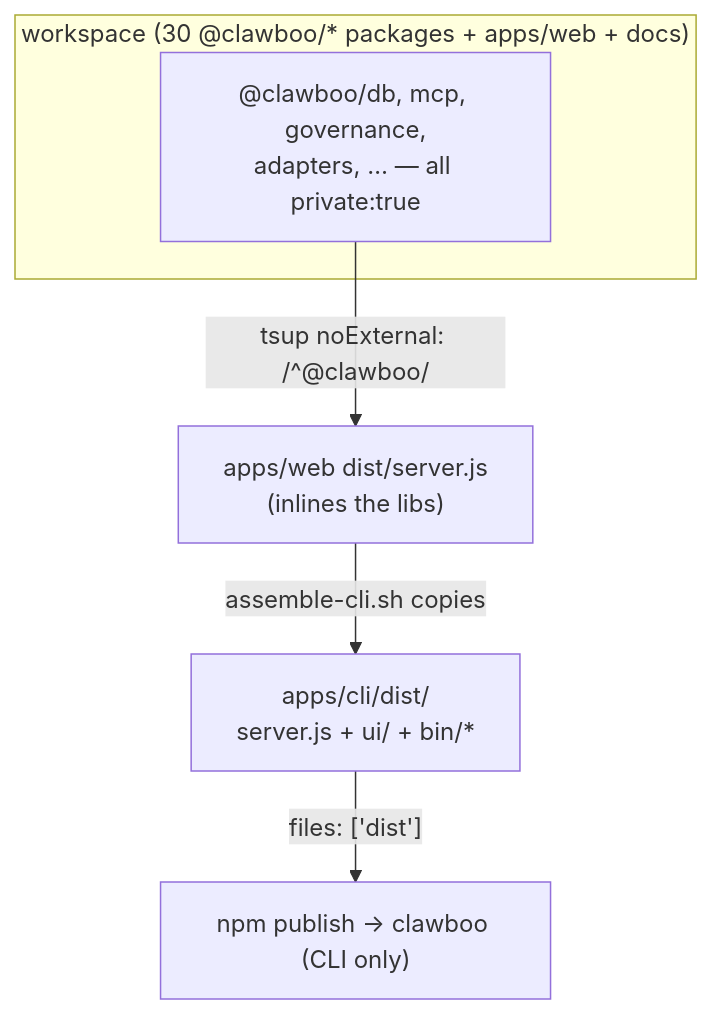
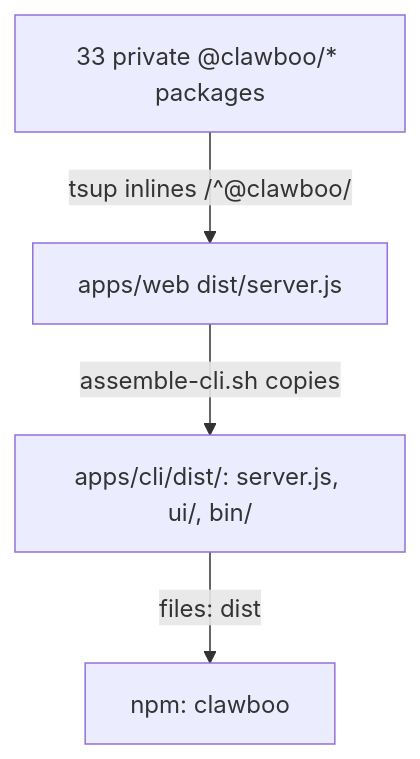
Before and after one commit to clawboo/clawboo: the first of 2 diagrams in docs/internals/release-process.md, drawn with Mermaid. The commit also changed other lines of this file and 81 other files, not shown here.

````diff
--- a/docs/internals/release-process.md
+++ b/docs/internals/release-process.md
@@ -20,9 +17,6 @@
 ```mermaid
 graph TD
-  subgraph ws["workspace (30 @clawboo/* packages + apps/web + docs)"]
-    libs["@clawboo/db, mcp, governance,<br/>adapters, … — all private:true"]
-  end
-  libs -- "tsup noExternal: /^@clawboo/" --> bundle["apps/web dist/server.js<br/>(inlines the libs)"]
-  bundle -- "assemble-cli.sh copies" --> clidist["apps/cli/dist/<br/>server.js + ui/ + bin/*"]
-  clidist -- "files: ['dist']" --> npm["npm publish → clawboo (CLI only)"]
+  libs["33 private @clawboo/* packages"] -- "tsup inlines /^@clawboo/" --> bundle["apps/web dist/server.js"]
+  bundle -- "assemble-cli.sh copies" --> clidist["apps/cli/dist/: server.js, ui/, bin/"]
+  clidist -- "files: dist" --> npm["npm: clawboo"]
 ```
````
